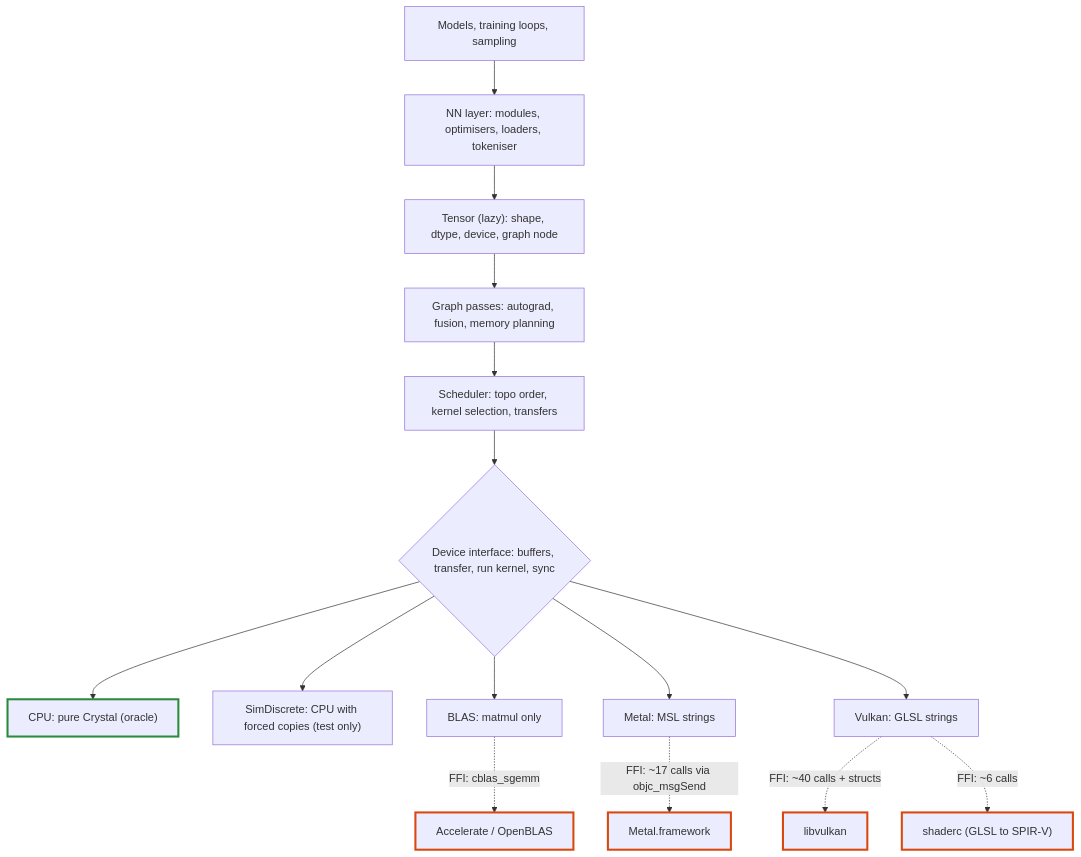
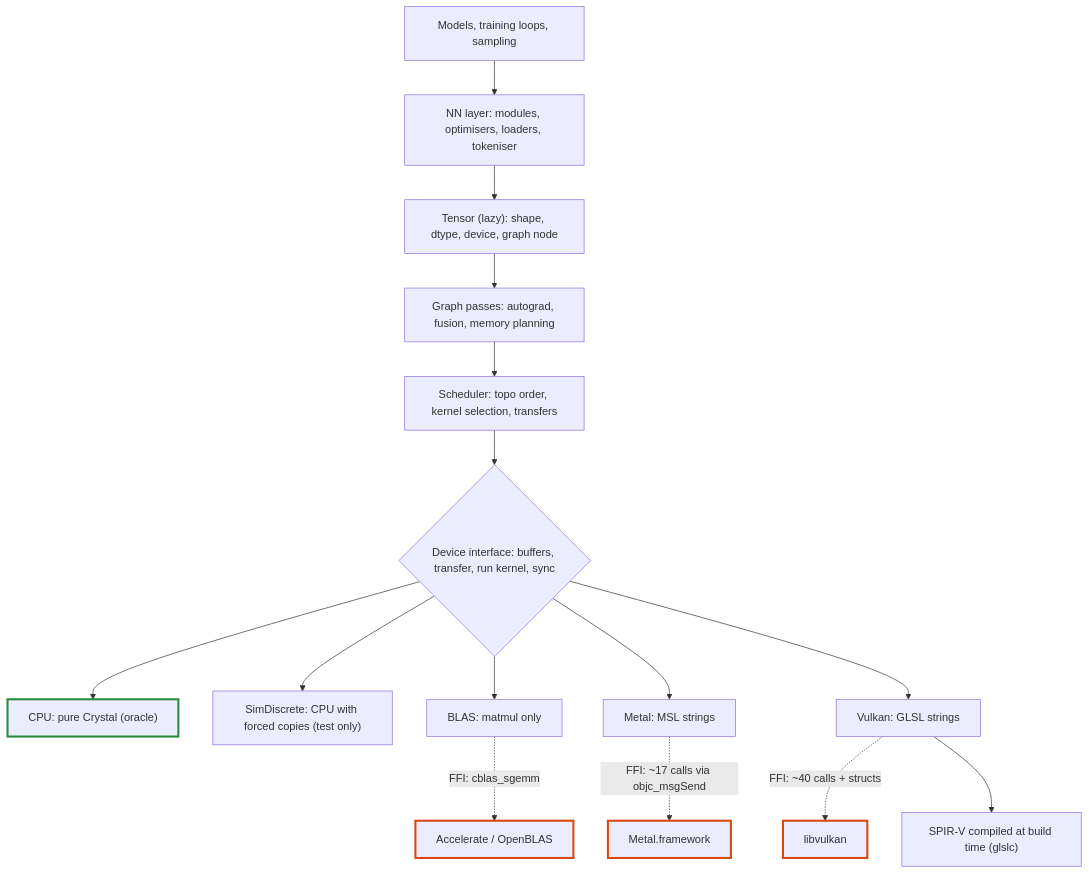
One commit to nogginly/tensomite.cr changed the first of 2 diagrams in PLAN.md. Above: the diagram before and after it, drawn with Mermaid. The commit also changed other lines of this file, not shown here.

First line of the commit message:
Plan: compile Vulkan shaders at build time, defer fused-kernel decision

````diff
--- a/PLAN.md
+++ b/PLAN.md
@@ -18,22 +18,21 @@
 ```mermaid
 flowchart TD
     App["Models, training loops, sampling"] --> NN["NN layer: modules, optimisers, loaders, tokeniser"]
     NN --> Lazy["Tensor (lazy): shape, dtype, device, graph node"]
     Lazy --> Passes["Graph passes: autograd, fusion, memory planning"]
     Passes --> Sched["Scheduler: topo order, kernel selection, transfers"]
     Sched --> Iface{"Device interface: buffers, transfer, run kernel, sync"}
     Iface --> CPU["CPU: pure Crystal (oracle)"]
     Iface --> Sim["SimDiscrete: CPU with forced copies (test only)"]
     Iface --> BLAS["BLAS: matmul only"]
     Iface --> Metal["Metal: MSL strings"]
     Iface --> Vk["Vulkan: GLSL strings"]
     BLAS -. "FFI: cblas_sgemm" .-> LibBLAS["Accelerate / OpenBLAS"]
     Metal -. "FFI: ~17 calls via objc_msgSend" .-> MetalFw["Metal.framework"]
     Vk -. "FFI: ~40 calls + structs" .-> VkLib["libvulkan"]
-    Vk -. "FFI: ~6 calls" .-> Shaderc["shaderc (GLSL to SPIR-V)"]
+    Vk --> Spv["SPIR-V compiled at build time (glslc)"]
     style LibBLAS stroke:#d9480f,stroke-width:3px
     style MetalFw stroke:#d9480f,stroke-width:3px
     style VkLib stroke:#d9480f,stroke-width:3px
-    style Shaderc stroke:#d9480f,stroke-width:3px
     style CPU stroke:#2b8a3e,stroke-width:3px
 ```
````
